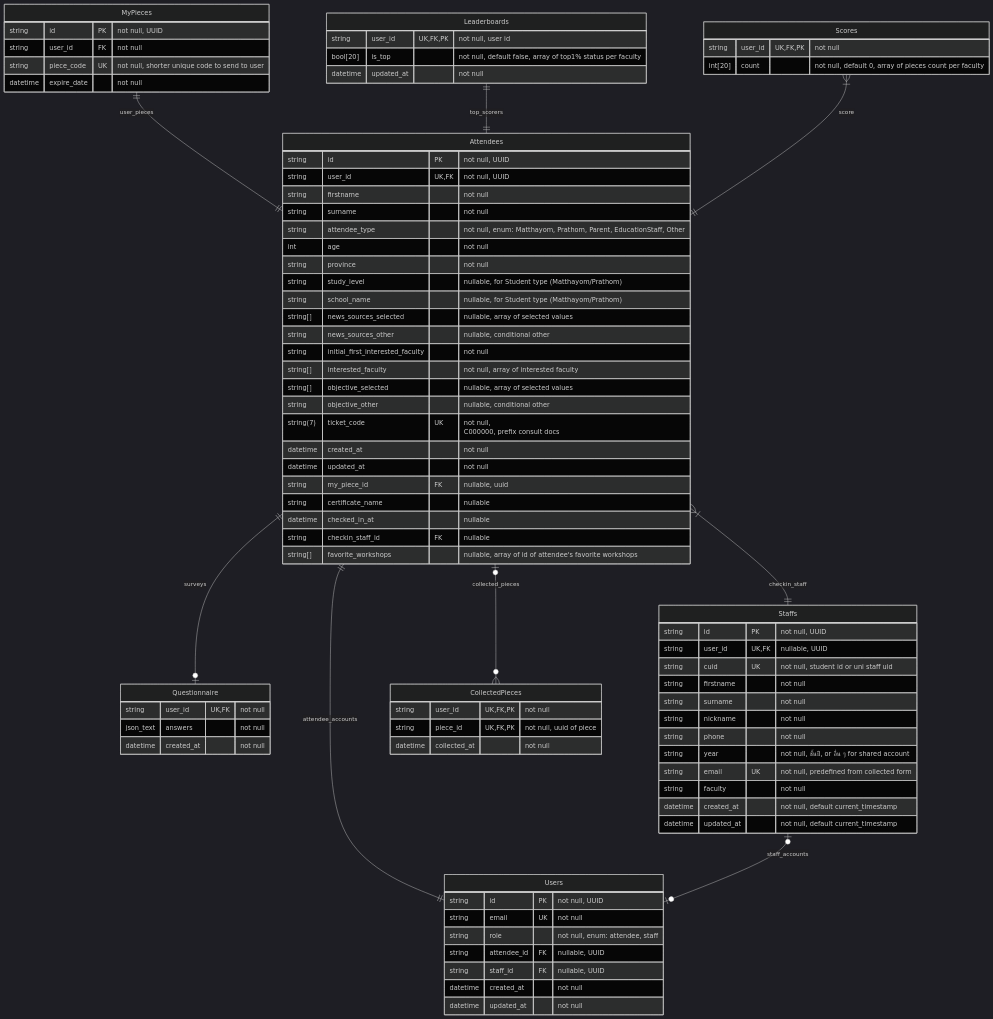
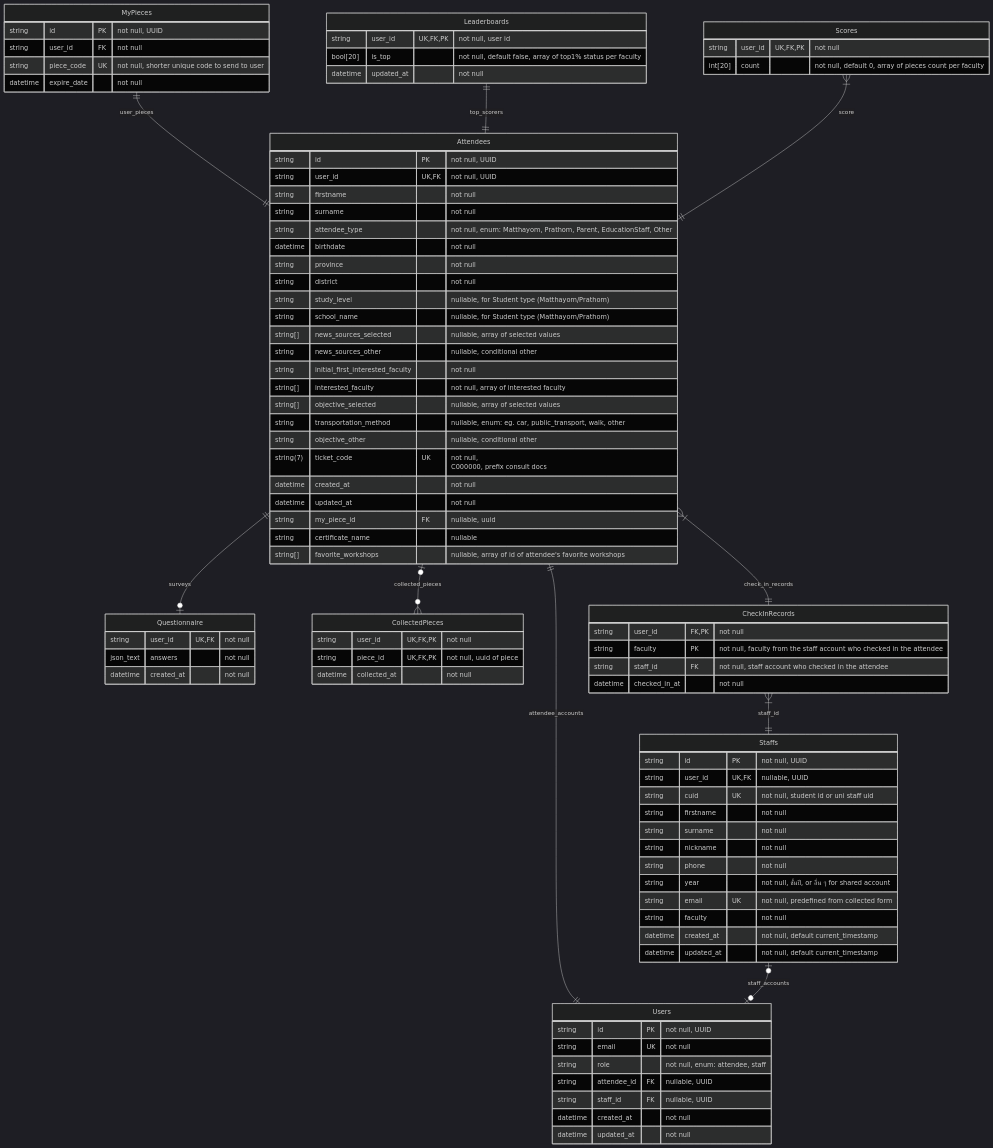
Before and after one commit to isd-sgcu/oph26-backend: the diagram in README.md, drawn with Mermaid (dark theme).

Commit message:
fix: update attendee schema to include CheckInRecords and modify fields

```diff
--- a/README.md
+++ b/README.md
@@ -140,7 +140,8 @@
     MyPieces     ||--||  Attendees: user_pieces
     Leaderboards ||--||  Attendees: top_scorers
     Scores       }|--||  Attendees: score
-    Attendees    }|--||  Staffs: checkin_staff
+    Attendees    }|--||  CheckInRecords: check_in_records
+    CheckInRecords }|--|| Staffs: staff_id
 
     Users {
         string id PK "not null, UUID"
@@ -158,8 +159,10 @@
         string firstname "not null"
         string surname "not null"
         string attendee_type "not null, enum: Matthayom, Prathom, Parent, EducationStaff, Other"
-        int age "not null"
+        datetime birthdate "not null"
+        %% จังหวัด & อำเภอ/เขต
         string province "not null"
+        string district "not null"
         string study_level "nullable, for Student type (Matthayom/Prathom)"
         string school_name "nullable, for Student type (Matthayom/Prathom)"
         string[] news_sources_selected "nullable, array of selected values"
@@ -167,15 +170,13 @@
         string initial_first_interested_faculty "not null"
         string[] interested_faculty "not null, array of interested faculty"
         string[] objective_selected "nullable, array of selected values"
+        string transportation_method "nullable, enum: eg. car, public_transport, walk, other"
         string objective_other "nullable, conditional other"
         string(7) ticket_code UK "not null,<br/>C000000, prefix consult docs"
         datetime created_at "not null"
         datetime updated_at "not null"
         string my_piece_id FK "nullable, uuid"
         string certificate_name "nullable"
-        %% checkedin
-        datetime checked_in_at "nullable"
-        string checkin_staff_id FK "nullable"
         %% workshops
         string[] favorite_workshops "nullable, array of id of attendee's favorite workshops"
     }
@@ -213,6 +214,14 @@
         int[20] count "not null, default 0, array of pieces count per faculty"
     }
 
+    CheckInRecords {
+        string user_id FK, PK "not null"
+        string faculty PK  "not null, faculty from the staff account who checked in the attendee"
+        string staff_id FK "not null, staff account who checked in the attendee"
+        datetime checked_in_at "not null"
+        %% Maybe adding index on (user_id, faculty) for faster lookup of check-in status per faculty
+    }
+
 
     %% Each row in Leaderboards records, for a given user_id, in which faculties the user is in the top 1% at the given updated_at time.
     Leaderboards {
```
